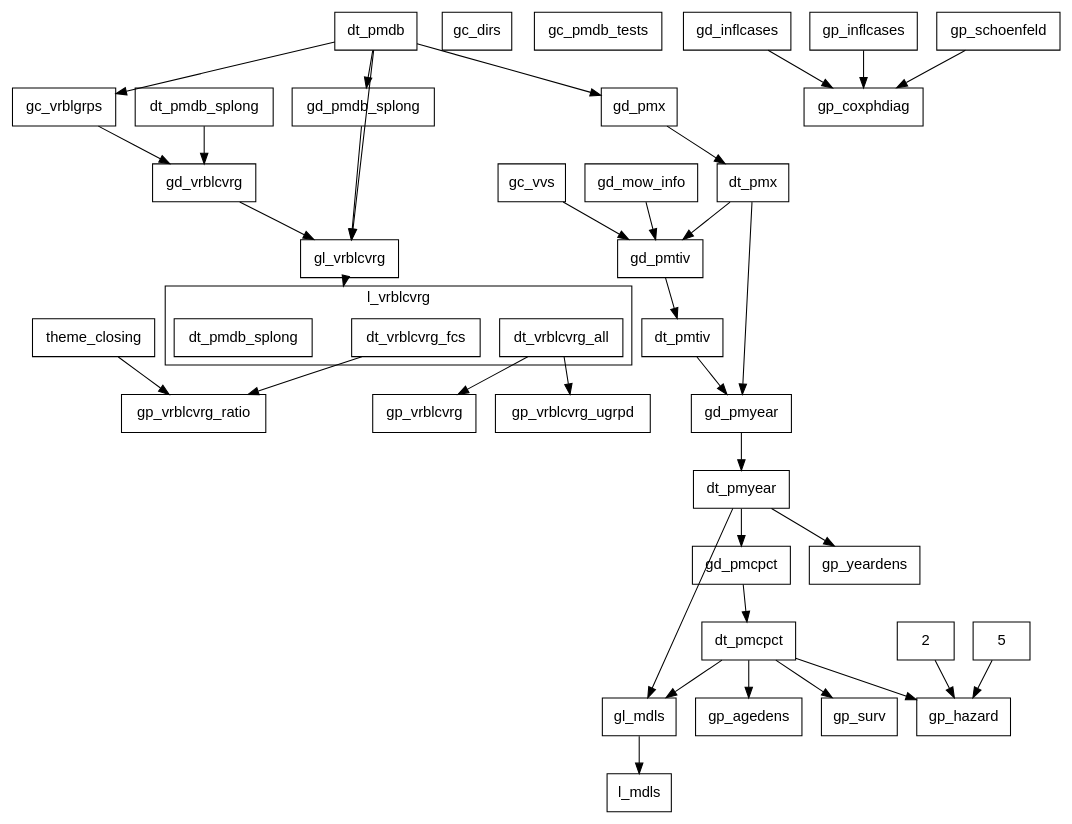
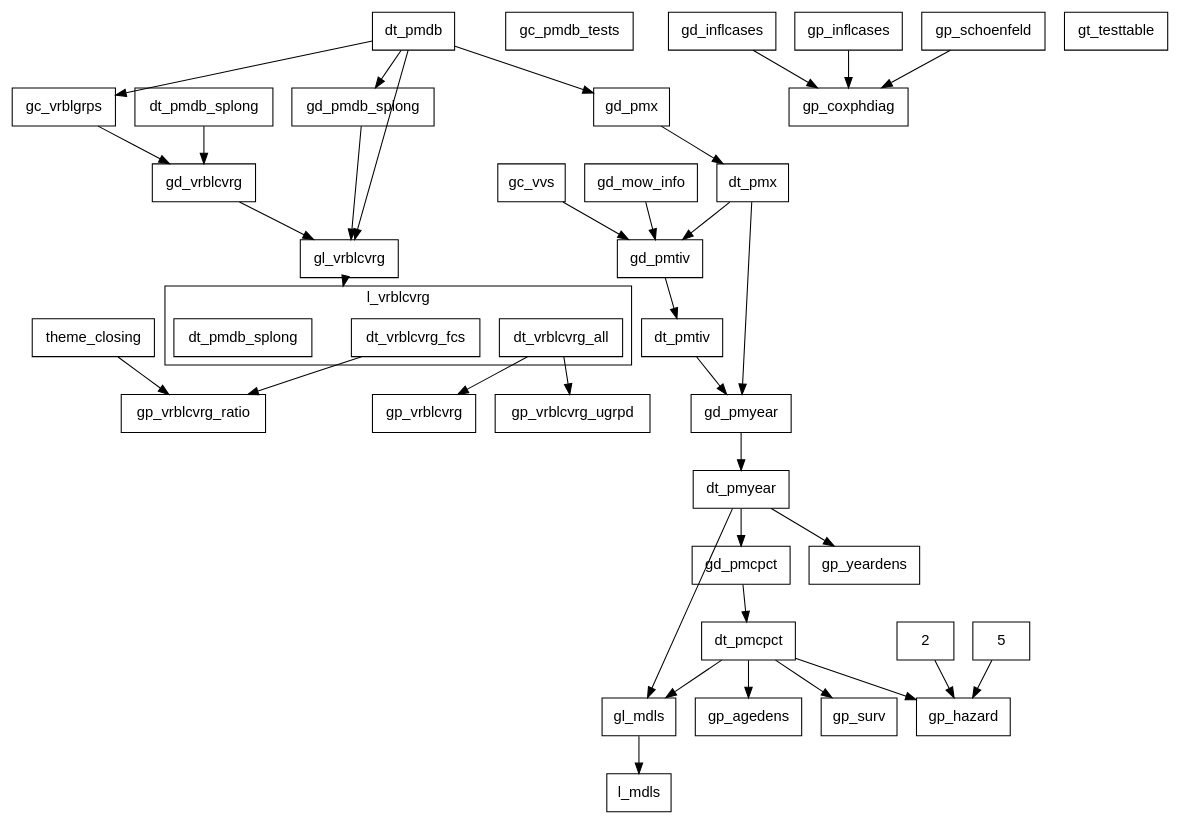
One commit to swhalemwo/pm_closing changed the diagram in misc/callgraph2.dot. Above: the diagram before and after it, drawn with Graphviz. The commit also changed 1 other file, not shown here.

```diff
--- a/misc/callgraph2.dot
+++ b/misc/callgraph2.dot
@@ -1,82 +1,82 @@
 digraph D {
  compound = true;
  splines = false; fontname=helvetica;
  node [shape=box, fontsize = 14, fontname=helvetica];
  edge [style = solid];
  
  subgraph cluster_l_vrblcvrg {
  label = "l_vrblcvrg";
  l_vrblcvrg__dt_vrblcvrg_all [label=dt_vrblcvrg_all]; 
 l_vrblcvrg__dt_vrblcvrg_fcs [label=dt_vrblcvrg_fcs]; 
 l_vrblcvrg [label = "", color=transparent, width=0, height=0]; 
 l_vrblcvrg__dt_pmdb_splong [label=dt_pmdb_splong] 
 } 
- gc_dirs; 
-gc_pmdb_tests; 
+ gc_pmdb_tests; 
 gc_vrblgrps; 
 gc_vvs; 
 gd_inflcases; 
 gd_mow_info; 
 gd_pmcpct; 
 gd_pmdb_splong; 
 gd_pmtiv; 
 gd_pmx; 
 gd_pmyear; 
 gd_vrblcvrg; 
 gl_mdls; 
 gl_vrblcvrg; 
 gp_agedens; 
 gp_coxphdiag; 
 gp_hazard; 
 gp_inflcases; 
 gp_schoenfeld; 
 gp_surv; 
 gp_vrblcvrg; 
 gp_vrblcvrg_ratio; 
 gp_vrblcvrg_ugrpd; 
 gp_yeardens; 
+gt_testtable; 
 theme_closing; 
 dt_pmdb; 
 dt_pmdb_splong; 
 dt_pmx; 
 dt_pmtiv; 
 dt_pmyear; 
 dt_pmcpct; 
 2; 
 5; 
 l_mdls 
  2 -> gp_hazard; 
 5 -> gp_hazard; 
 dt_pmcpct -> gl_mdls; 
 dt_pmcpct -> gp_agedens; 
 dt_pmcpct -> gp_hazard; 
 dt_pmcpct -> gp_surv; 
 dt_pmdb -> gc_vrblgrps; 
 dt_pmdb -> gd_pmdb_splong; 
 dt_pmdb -> gd_pmx; 
 dt_pmdb -> gl_vrblcvrg; 
 dt_pmdb_splong -> gd_vrblcvrg; 
 dt_pmtiv -> gd_pmyear; 
 dt_pmx -> gd_pmtiv; 
 dt_pmx -> gd_pmyear; 
 dt_pmyear -> gd_pmcpct; 
 dt_pmyear -> gl_mdls; 
 dt_pmyear -> gp_yeardens; 
 gc_vrblgrps -> gd_vrblcvrg; 
 gc_vvs -> gd_pmtiv; 
 gd_inflcases -> gp_coxphdiag; 
 gd_mow_info -> gd_pmtiv; 
 gd_pmcpct -> dt_pmcpct; 
 gd_pmdb_splong -> gl_vrblcvrg; 
 gd_pmtiv -> dt_pmtiv; 
 gd_pmx -> dt_pmx; 
 gd_pmyear -> dt_pmyear; 
 gd_vrblcvrg -> gl_vrblcvrg; 
 gl_mdls -> l_mdls; 
 gl_vrblcvrg -> l_vrblcvrg[lhead=cluster_l_vrblcvrg,ltail=gl_vrblcvrg]; 
 gp_inflcases -> gp_coxphdiag; 
 gp_schoenfeld -> gp_coxphdiag; 
 l_vrblcvrg__dt_vrblcvrg_all -> gp_vrblcvrg; 
 l_vrblcvrg__dt_vrblcvrg_all -> gp_vrblcvrg_ugrpd; 
 l_vrblcvrg__dt_vrblcvrg_fcs -> gp_vrblcvrg_ratio; 
 theme_closing -> gp_vrblcvrg_ratio }
```
